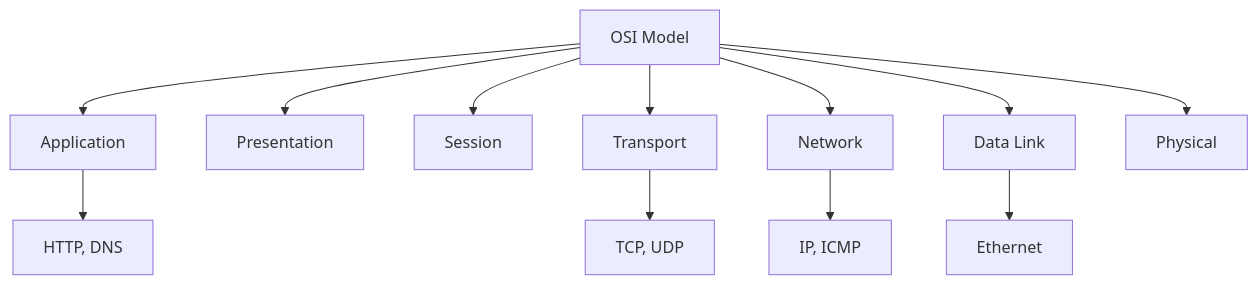
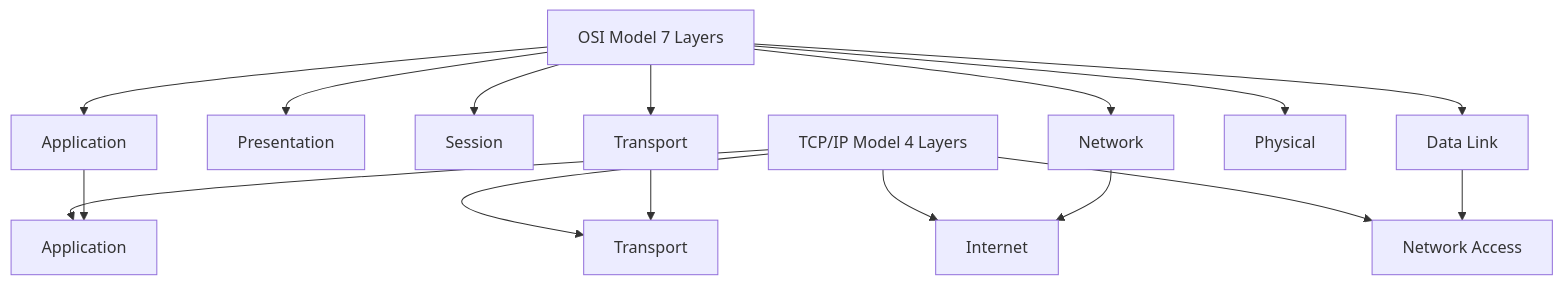
The first of 7 diagrams in 7-Intro-to-Network-Traffic-Analysis/README.md (manojxshrestha/SOC-Analyst-Cheatsheet), drawn with Mermaid before and after one commit. The commit also changed other lines of this file, not shown here.

Commit message:
feat: Module 7 Section 2 - Networking Primer Layers 1-4 with images

````diff
--- a/7-Intro-to-Network-Traffic-Analysis/README.md
+++ b/7-Intro-to-Network-Traffic-Analysis/README.md
@@ -77,15 +66,20 @@
 ```mermaid
 graph TB
-    OSI[OSI Model] --> L7[Application]
+    OSI[OSI Model 7 Layers] --> L7[Application]
     OSI --> L6[Presentation]
     OSI --> L5[Session]
     OSI --> L4[Transport]
     OSI --> L3[Network]
     OSI --> L2[Data Link]
     OSI --> L1[Physical]
     
-    L7 --> HTTPP[HTTP, DNS]
-    L4 --> TCPP[TCP, UDP]
-    L3 --> IPP[IP, ICMP]
-    L2 --> ETH[Ethernet]
+    TCP[TCP/IP Model 4 Layers] --> T4[Application]
+    TCP --> T3[Transport]
+    TCP --> T2[Internet]
+    TCP --> T1[Network Access]
+    
+    L7 --> T4
+    L4 --> T3
+    L3 --> T2
+    L2 --> T1
 ```
````
